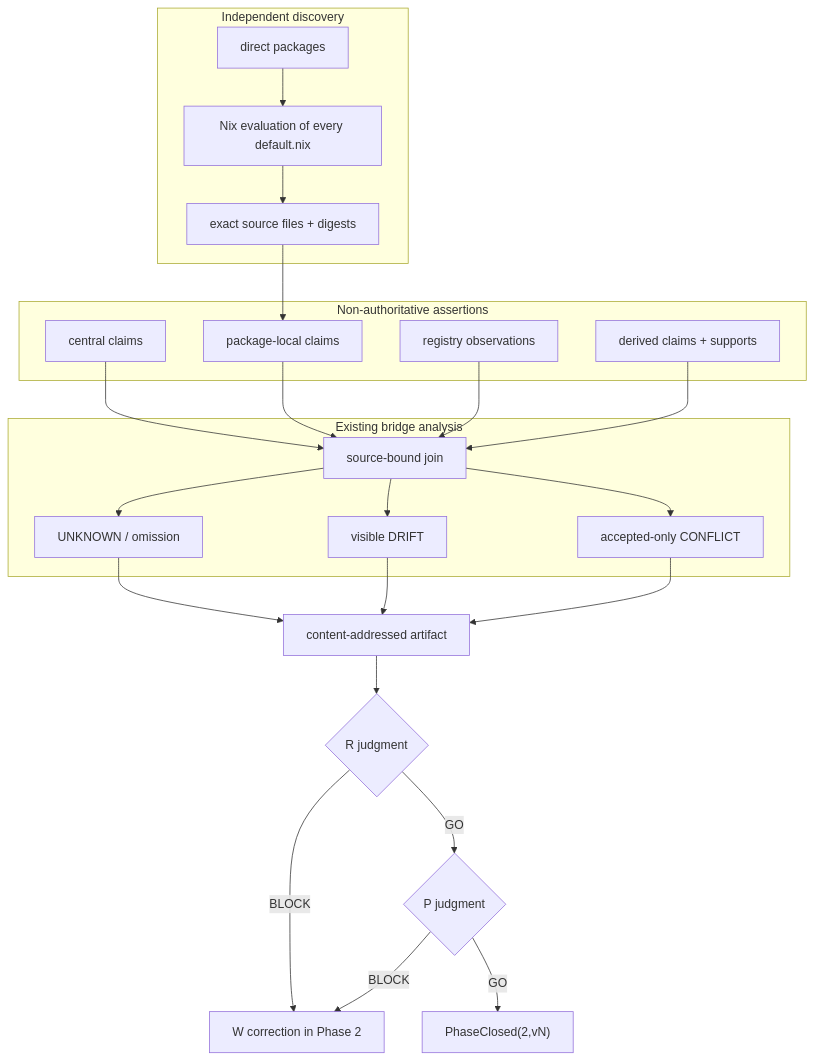
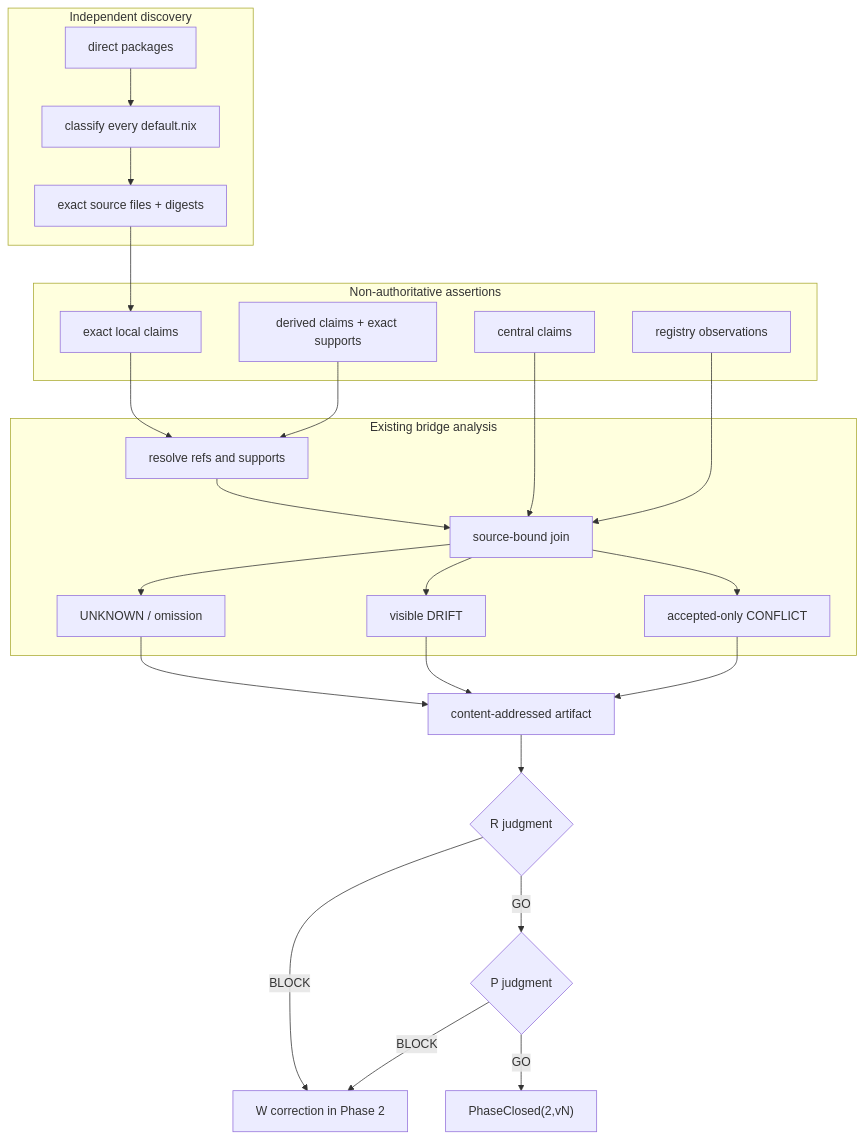
The diagram in packages/ops-package-contract-bridge/PHASE2.md (roccho-org/ops), drawn with Mermaid before and after one commit. The commit also changed other lines of this file, not shown here.

Commit message:
docs(contract): describe Phase 2 v4 exact source closure

````diff
--- a/packages/ops-package-contract-bridge/PHASE2.md
+++ b/packages/ops-package-contract-bridge/PHASE2.md
@@ -185,41 +207,41 @@
 ```mermaid
 flowchart TB
   subgraph DISCOVERY["Independent discovery"]
-    D["direct packages"]
-    N["Nix evaluation of every default.nix"]
-    S["exact source files + digests"]
-    D --> N --> S
+    D["direct packages"] --> N["classify every default.nix"]
+    N --> S["exact source files + digests"]
   end
 
-  subgraph CLAIMS["Non-authoritative assertions"]
+  subgraph ASSERTIONS["Non-authoritative assertions"]
     C["central claims"]
-    L["package-local claims"]
+    L["exact local claims"]
     G["registry observations"]
-    R["derived claims + supports"]
+    R["derived claims + exact supports"]
   end
 
   subgraph CHECK["Existing bridge analysis"]
+    X["resolve refs and supports"]
     J["source-bound join"]
     U["UNKNOWN / omission"]
     F["visible DRIFT"]
-    X["accepted-only CONFLICT"]
+    K["accepted-only CONFLICT"]
   end
 
   S --> L
+  L --> X
+  R --> X
+  X --> J
   C --> J
-  L --> J
   G --> J
-  R --> J
   J --> U
   J --> F
-  J --> X
+  J --> K
 
   U --> A["content-addressed artifact"]
   F --> A
-  X --> A
+  K --> A
   A --> JR{"R judgment"}
   JR -->|BLOCK| W["W correction in Phase 2"]
   JR -->|GO| JP{"P judgment"}
   JP -->|BLOCK| W
   JP -->|GO| CLOSED["PhaseClosed(2,vN)"]
 ```
````
